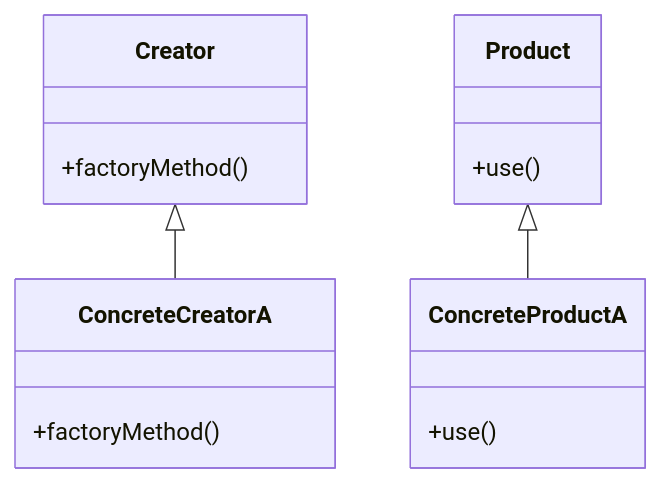
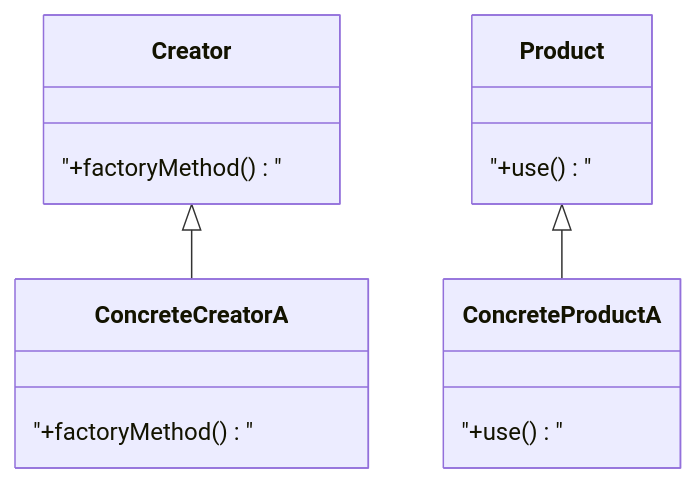
Before and after one commit to 42jerrykim/42jerrykim.github.io: the third of 8 diagrams in content/post/2024/2024-08-21-factory-method/index.md, drawn with Mermaid. The commit also changed other lines of this file and 239 other files, not shown here.

````diff
--- a/content/post/2024/2024-08-21-factory-method/index.md
+++ b/content/post/2024/2024-08-21-factory-method/index.md
@@ -423,18 +457,18 @@
 ```mermaid
 classDiagram
     class Creator {
-        +factoryMethod()
+        "+factoryMethod()"
     }
     class ConcreteCreatorA {
-        +factoryMethod()
+        "+factoryMethod()"
     }
     class Product {
-        +use()
+        "+use()"
     }
     class ConcreteProductA {
-        +use()
+        "+use()"
     }
-    
+
     Creator <|-- ConcreteCreatorA
     Product <|-- ConcreteProductA
 ```
````
